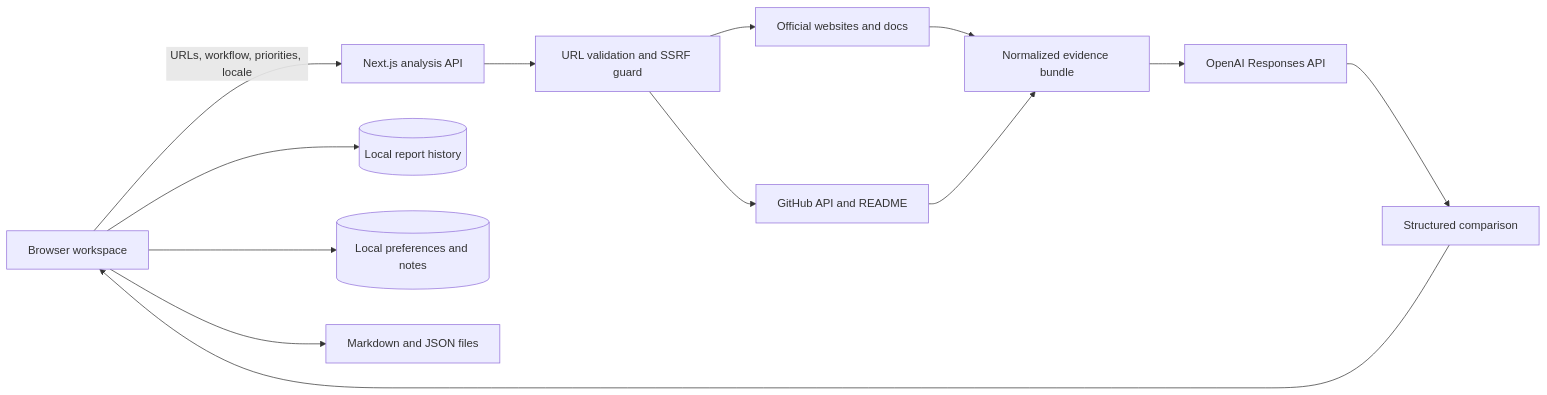
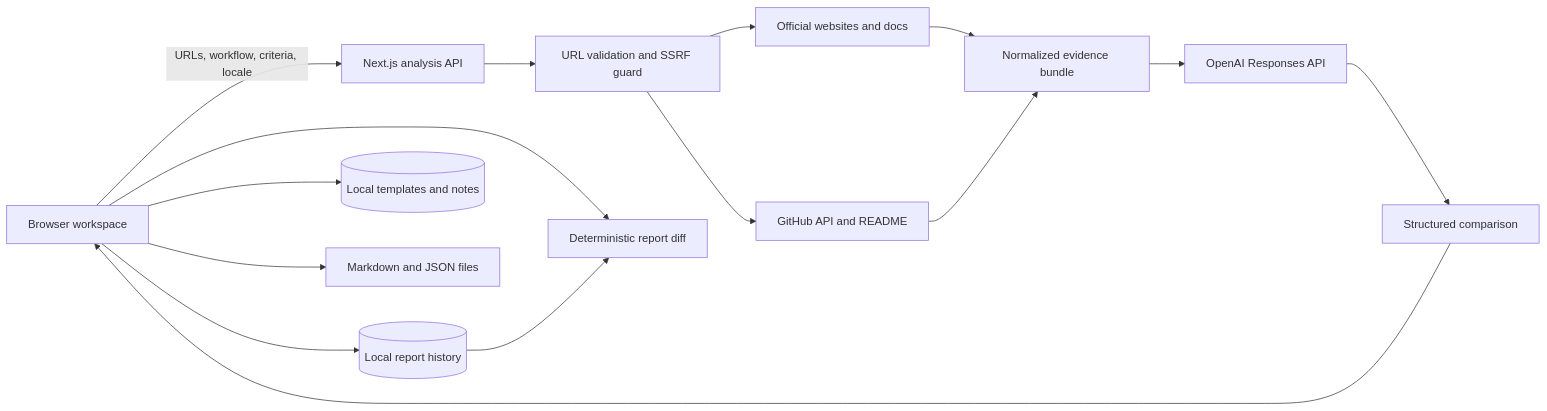
One commit to wp043/fitlens changed the first of 5 diagrams in README.md. Above: the diagram before and after it, drawn with Mermaid. The commit also changed other lines of this file and 16 other files, not shown here.

Commit message:
feat(comparison): add custom criteria and report refresh

````diff
--- a/README.md
+++ b/README.md
@@ -57,15 +63,17 @@
 ```mermaid
 flowchart LR
-    U[Browser workspace] -->|URLs, workflow, priorities, locale| A[Next.js analysis API]
+    U[Browser workspace] -->|URLs, workflow, criteria, locale| A[Next.js analysis API]
     A --> V[URL validation and SSRF guard]
     V --> W[Official websites and docs]
     V --> G[GitHub API and README]
     W --> E[Normalized evidence bundle]
     G --> E
     E --> M[OpenAI Responses API]
     M --> R[Structured comparison]
     R --> U
     U --> H[(Local report history)]
-    U --> P[(Local preferences and notes)]
+    U --> P[(Local templates and notes)]
+    U --> D[Deterministic report diff]
+    H --> D
     U --> X[Markdown and JSON files]
 ```
````
